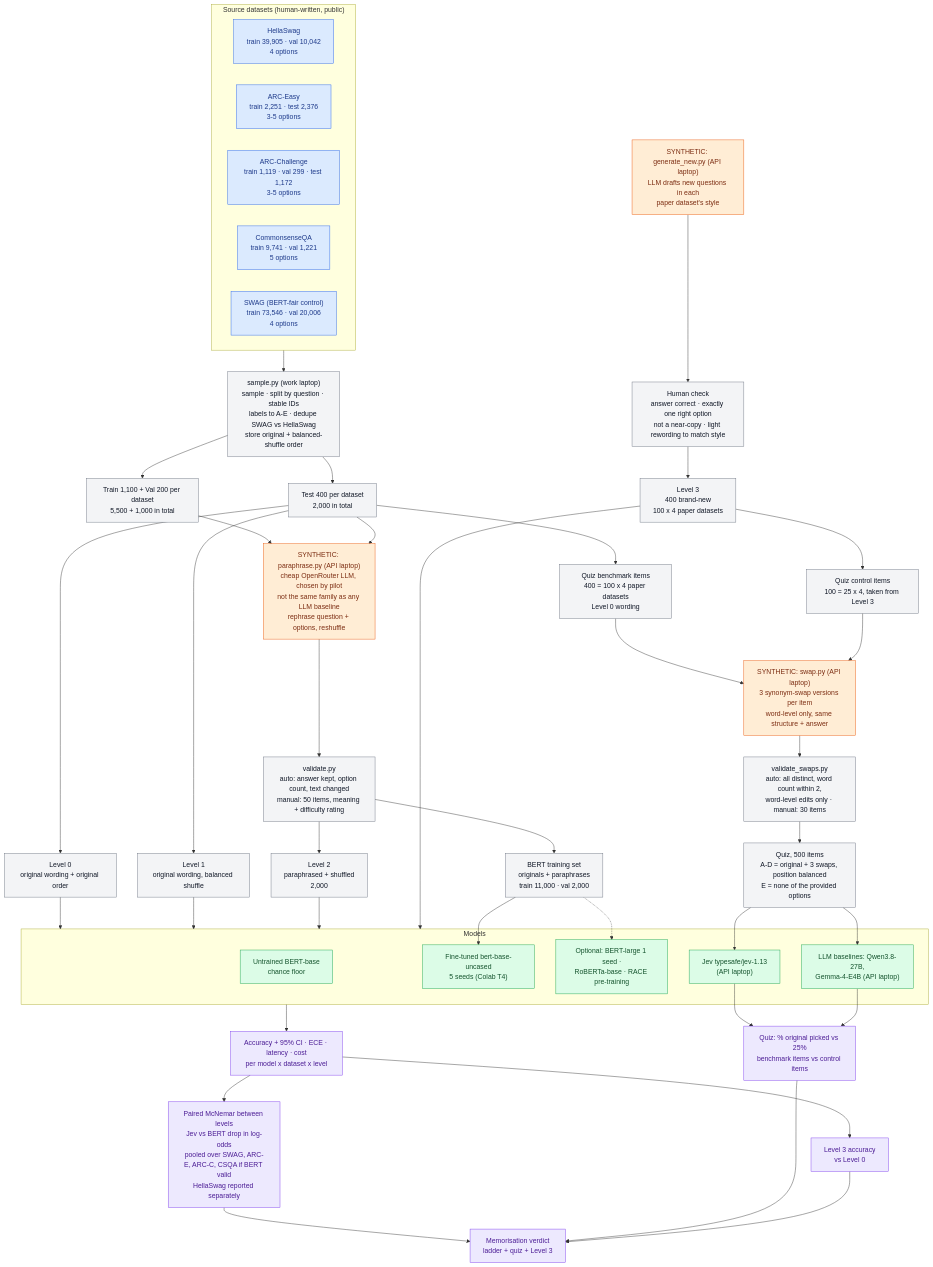
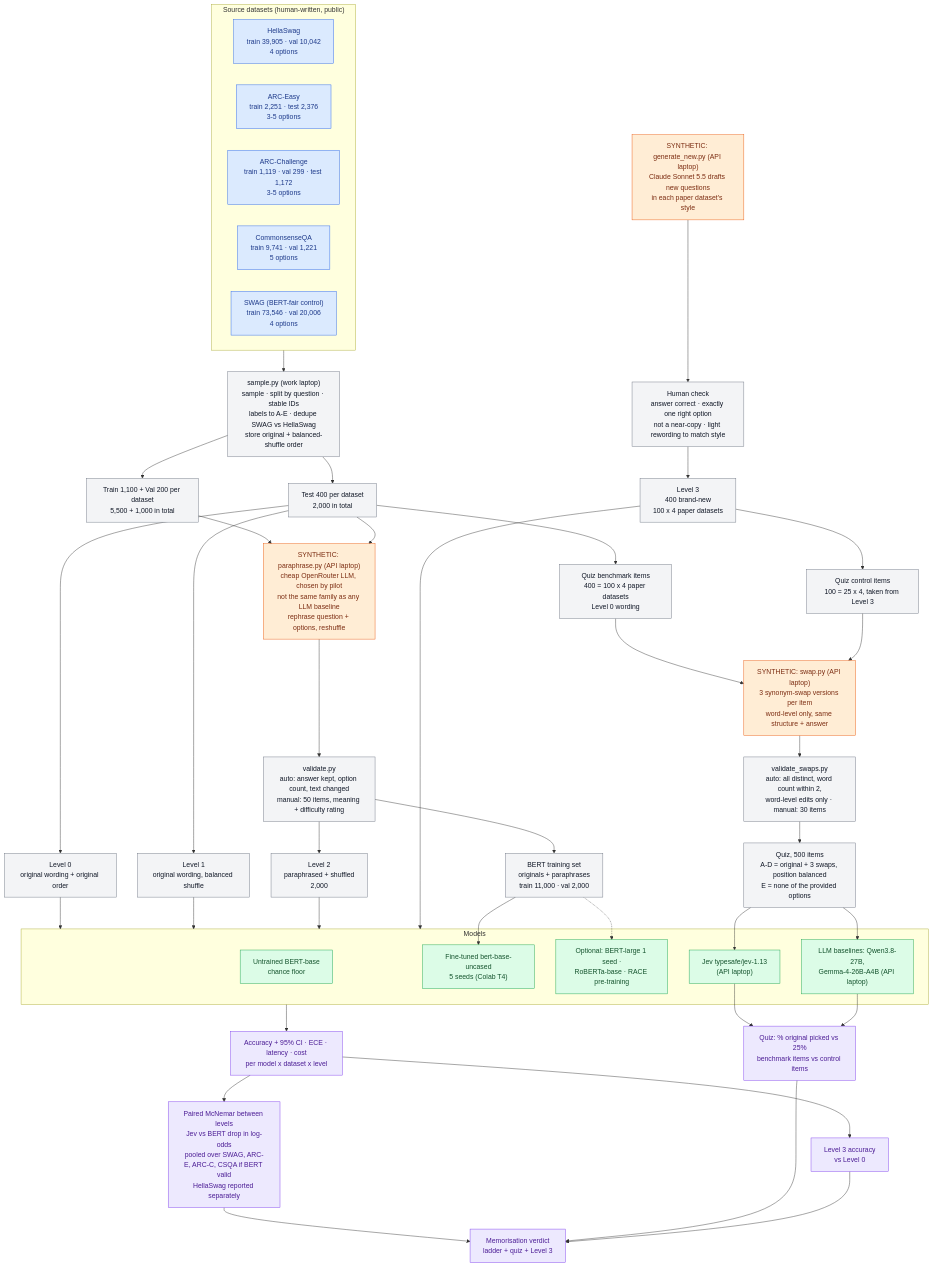
The diagram in docs/PLAN.md (am3lia-low/jev-project), drawn with Mermaid before and after one commit. The commit also changed other lines of this file and 2 other files, not shown here.

Commit message:
LLM lineup is out gang

````diff
--- a/docs/PLAN.md
+++ b/docs/PLAN.md
@@ -49,79 +49,79 @@
 ```mermaid
 flowchart TD
     %% ---------- Source datasets (human-written) ----------
     subgraph SRC["Source datasets (human-written, public)"]
         HS["HellaSwag<br/>train 39,905 · val 10,042<br/>4 options"]
         AE["ARC-Easy<br/>train 2,251 · test 2,376<br/>3-5 options"]
         AC["ARC-Challenge<br/>train 1,119 · val 299 · test 1,172<br/>3-5 options"]
         CQ["CommonsenseQA<br/>train 9,741 · val 1,221<br/>5 options"]
         SW["SWAG (BERT-fair control)<br/>train 73,546 · val 20,006<br/>4 options"]
     end
 
     %% ---------- Sampling (scripted) ----------
     SRC --> SAMPLE["sample.py (work laptop)<br/>sample · split by question · stable IDs<br/>labels to A-E · dedupe SWAG vs HellaSwag<br/>store original + balanced-shuffle order"]
     SAMPLE --> TRV["Train 1,100 + Val 200 per dataset<br/>5,500 + 1,000 in total"]
     SAMPLE --> TEST["Test 400 per dataset<br/>2,000 in total"]
 
     %% ---------- Levels 0 and 1 (scripted) ----------
     TEST --> L0["Level 0<br/>original wording + original order"]
     TEST --> L1["Level 1<br/>original wording, balanced shuffle"]
 
     %% ---------- Synthetic: paraphrases ----------
     TRV --> PARA["SYNTHETIC: paraphrase.py (API laptop)<br/>cheap OpenRouter LLM, chosen by pilot<br/>not the same family as any LLM baseline<br/>rephrase question + options, reshuffle"]
     TEST --> PARA
     PARA --> VPARA["validate.py<br/>auto: answer kept, option count, text changed<br/>manual: 50 items, meaning + difficulty rating"]
     VPARA --> L2["Level 2<br/>paraphrased + shuffled<br/>2,000"]
     VPARA --> TRAINSET["BERT training set<br/>originals + paraphrases<br/>train 11,000 · val 2,000"]
 
     %% ---------- Synthetic: brand-new questions ----------
-    GEN["SYNTHETIC: generate_new.py (API laptop)<br/>LLM drafts new questions in each<br/>paper dataset's style"] --> HNEW["Human check<br/>answer correct · exactly one right option<br/>not a near-copy · light rewording to match style"]
+    GEN["SYNTHETIC: generate_new.py (API laptop)<br/>Claude Sonnet 5.5 drafts new questions<br/>in each paper dataset's style"] --> HNEW["Human check<br/>answer correct · exactly one right option<br/>not a near-copy · light rewording to match style"]
     HNEW --> L3["Level 3<br/>400 brand-new<br/>100 x 4 paper datasets"]
 
     %% ---------- Synthetic: memorisation quiz ----------
     TEST --> QSEL["Quiz benchmark items<br/>400 = 100 x 4 paper datasets<br/>Level 0 wording"]
     L3 --> QCTRL["Quiz control items<br/>100 = 25 x 4, taken from Level 3"]
     QSEL --> SWAP["SYNTHETIC: swap.py (API laptop)<br/>3 synonym-swap versions per item<br/>word-level only, same structure + answer"]
     QCTRL --> SWAP
     SWAP --> VSWAP["validate_swaps.py<br/>auto: all distinct, word count within 2,<br/>word-level edits only · manual: 30 items"]
     VSWAP --> QUIZ["Quiz, 500 items<br/>A-D = original + 3 swaps, position balanced<br/>E = none of the provided options"]
 
     %% ---------- Models ----------
     subgraph MODELS["Models"]
         BERTU["Untrained BERT-base<br/>chance floor"]
         BERTFT["Fine-tuned bert-base-uncased<br/>5 seeds (Colab T4)"]
         OPT["Optional: BERT-large 1 seed ·<br/>RoBERTa-base · RACE pre-training"]
         JEV["Jev typesafe/jev-1.13<br/>(API laptop)"]
-        LLM["LLM baselines: Qwen3.8-27B,<br/>Gemma-4-E4B (API laptop)"]
+        LLM["LLM baselines: Qwen3.8-27B,<br/>Gemma-4-26B-A4B (API laptop)"]
     end
     TRAINSET --> BERTFT
     TRAINSET -.-> OPT
 
     L0 --> MODELS
     L1 --> MODELS
     L2 --> MODELS
     L3 --> MODELS
     QUIZ --> JEV
     QUIZ --> LLM
 
     %% ---------- Results ----------
     MODELS --> R1["Accuracy + 95% CI · ECE · latency · cost<br/>per model x dataset x level"]
     R1 --> R2["Paired McNemar between levels<br/>Jev vs BERT drop in log-odds<br/>pooled over SWAG, ARC-E, ARC-C, CSQA if BERT valid<br/>HellaSwag reported separately"]
     JEV --> R3["Quiz: % original picked vs 25%<br/>benchmark items vs control items"]
     LLM --> R3
     R1 --> R4["Level 3 accuracy<br/>vs Level 0"]
     R2 --> FINAL["Memorisation verdict<br/>ladder + quiz + Level 3"]
     R3 --> FINAL
     R4 --> FINAL
 
     %% ---------- Styles ----------
     classDef human fill:#dbeafe,stroke:#2563eb,color:#1e3a8a
     classDef synth fill:#ffedd5,stroke:#ea580c,color:#7c2d12
     classDef script fill:#f3f4f6,stroke:#6b7280,color:#111827
     classDef model fill:#dcfce7,stroke:#16a34a,color:#14532d
     classDef result fill:#ede9fe,stroke:#7c3aed,color:#4c1d95
     class HS,AE,AC,CQ,SW human
     class PARA,GEN,SWAP synth
     class SAMPLE,TRV,TEST,L0,L1,L2,L3,TRAINSET,VPARA,HNEW,QSEL,QCTRL,VSWAP,QUIZ script
     class BERTU,BERTFT,OPT,JEV,LLM model
     class R1,R2,R3,R4,FINAL result
 ```
````
